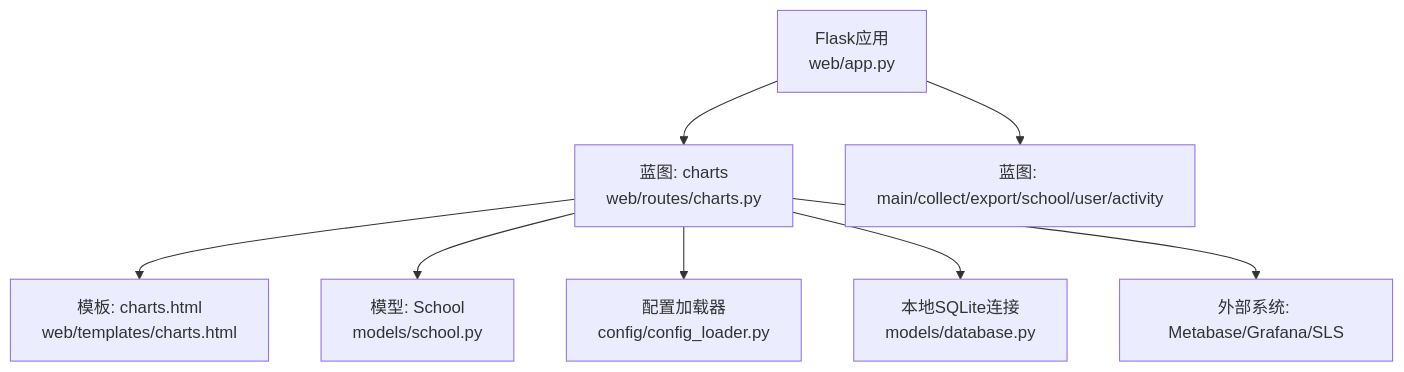
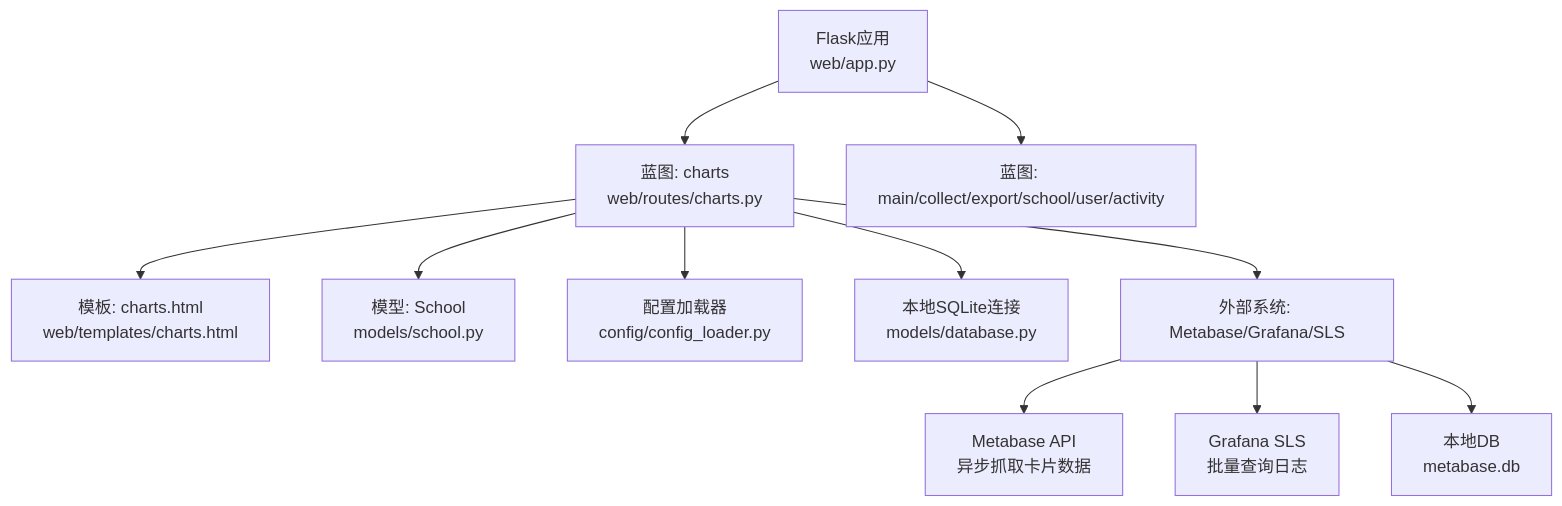
The first of 6 diagrams in .qoder/repowiki/zh/content/API接口文档/图表分析API.md (oreovan567-pixel/middle-platform-data-collector), drawn with Mermaid before and after one commit. The commit also changed other lines of this file and 9 other files, not shown here.

````diff
--- a/.qoder/repowiki/zh/content/API接口文档/图表分析API.md
+++ b/.qoder/repowiki/zh/content/API接口文档/图表分析API.md
@@ -48,10 +59,13 @@
 ```mermaid
 graph TB
 A["Flask应用<br/>web/app.py"] --> B["蓝图: charts<br/>web/routes/charts.py"]
 A --> C["蓝图: main/collect/export/school/user/activity"]
 B --> D["模板: charts.html<br/>web/templates/charts.html"]
 B --> E["模型: School<br/>models/school.py"]
 B --> F["配置加载器<br/>config/config_loader.py"]
 B --> G["本地SQLite连接<br/>models/database.py"]
 B --> H["外部系统: Metabase/Grafana/SLS"]
+H --> I["Metabase API<br/>异步抓取卡片数据"]
+H --> J["Grafana SLS<br/>批量查询日志"]
+H --> K["本地DB<br/>metabase.db"]
 ```
````
